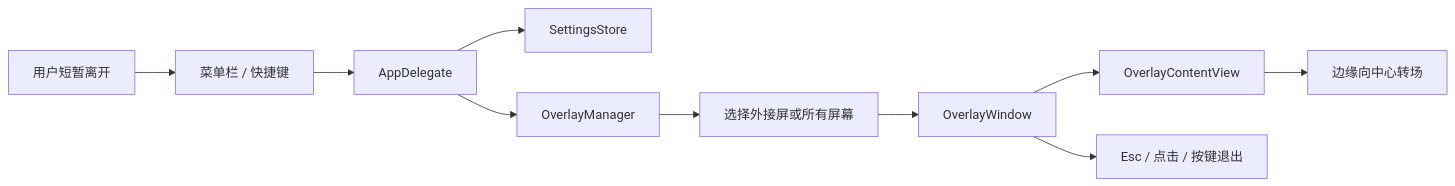
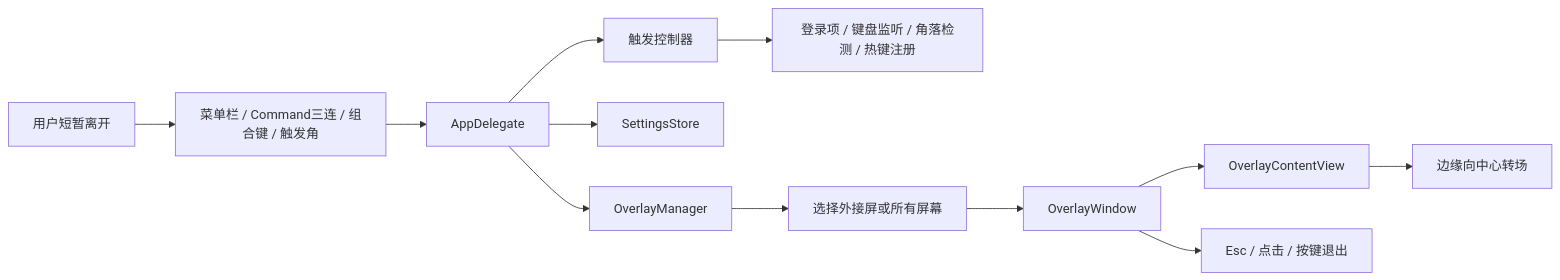
Before and after one commit to Johnnyorzjh/VibeBlank: the diagram in README.md, drawn with Mermaid. The commit also changed other lines of this file and 17 other files, not shown here.

````diff
--- a/README.md
+++ b/README.md
@@ -60,12 +67,14 @@
 ```mermaid
 flowchart LR
-    User["用户短暂离开"] --> Trigger["菜单栏 / 快捷键"]
+    User["用户短暂离开"] --> Trigger["菜单栏 / Command三连 / 组合键 / 触发角"]
     Trigger --> AppDelegate["AppDelegate"]
+    AppDelegate --> TriggerControllers["触发控制器"]
+    TriggerControllers --> Login["登录项 / 键盘监听 / 角落检测 / 热键注册"]
     AppDelegate --> SettingsStore["SettingsStore"]
     AppDelegate --> OverlayManager["OverlayManager"]
     OverlayManager --> ScreenChoice["选择外接屏或所有屏幕"]
     ScreenChoice --> OverlayWindow["OverlayWindow"]
     OverlayWindow --> OverlayContentView["OverlayContentView"]
     OverlayContentView --> Transition["边缘向中心转场"]
     OverlayWindow --> Exit["Esc / 点击 / 按键退出"]
 ```
````
